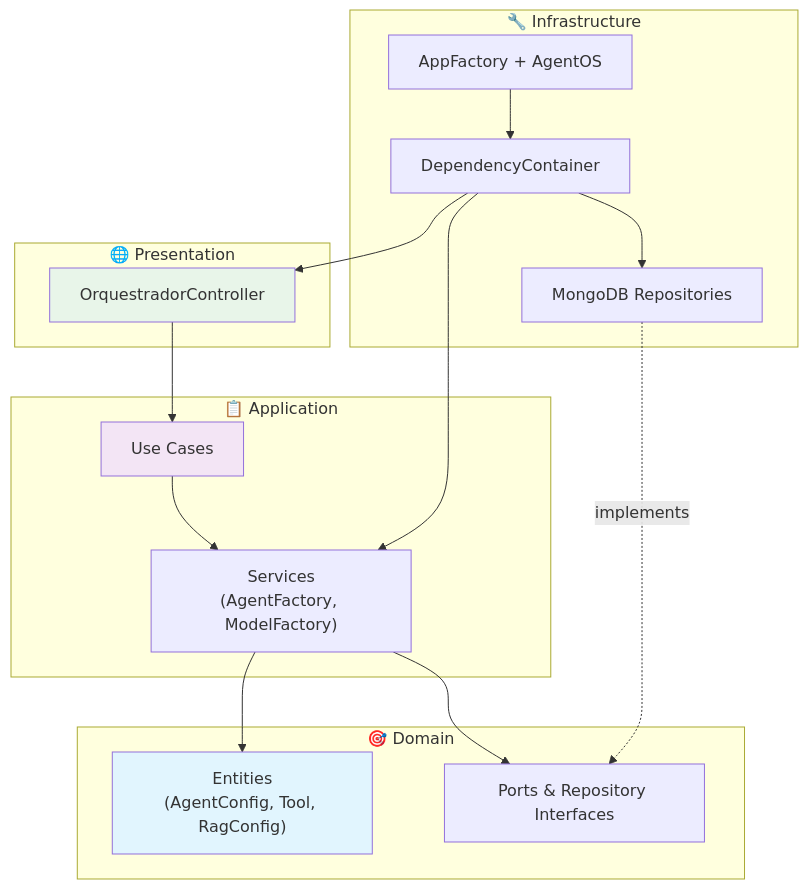
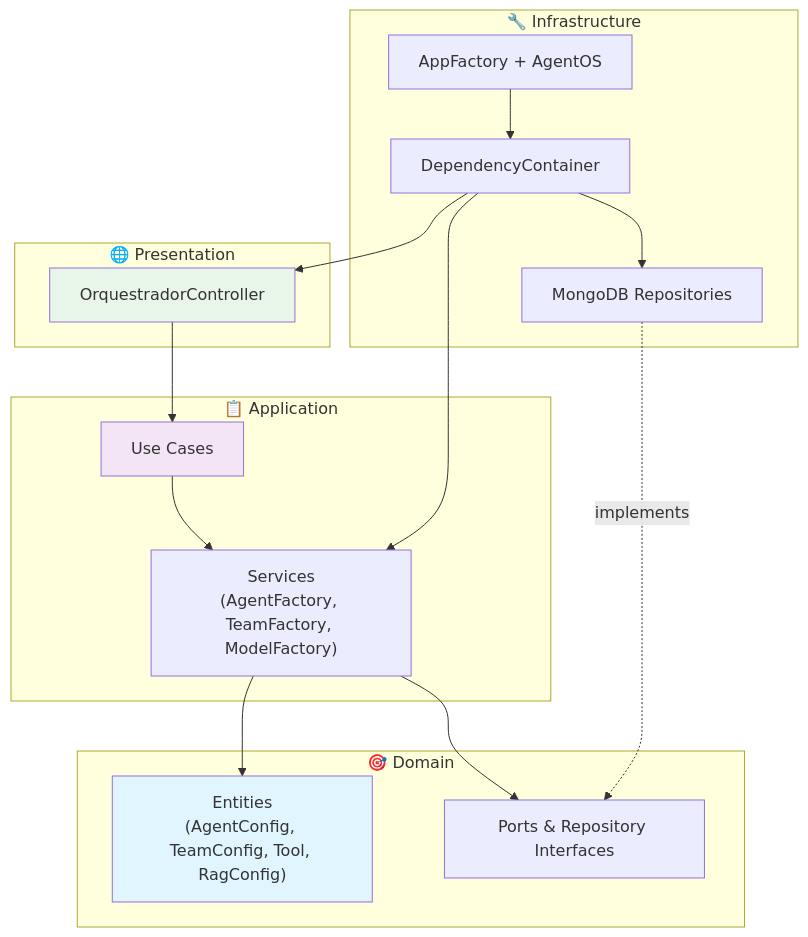
The diagram in README.md (Mosfet04/orquestradorIAPythonArgo), drawn with Mermaid before and after one commit. The commit also changed other lines of this file and 2 other files, not shown here.

Commit message:
feat: add multi-agent teams support and enhance documentation

````diff
--- a/README.md
+++ b/README.md
@@ -49,32 +49,32 @@
 ```mermaid
 graph TB
     subgraph "🎯 Domain"
-        E["Entities<br/>(AgentConfig, Tool, RagConfig)"]
+        E["Entities<br/>(AgentConfig, TeamConfig, Tool, RagConfig)"]
         P["Ports & Repository Interfaces"]
     end
 
     subgraph "📋 Application"
         UC["Use Cases"]
-        S["Services<br/>(AgentFactory, ModelFactory)"]
+        S["Services<br/>(AgentFactory, TeamFactory, ModelFactory)"]
     end
 
     subgraph "🔧 Infrastructure"
         DB["MongoDB Repositories"]
         WEB["AppFactory + AgentOS"]
         DI["DependencyContainer"]
     end
 
     subgraph "🌐 Presentation"
         CTRL["OrquestradorController"]
     end
 
     CTRL --> UC --> S --> E
     S --> P
     DB -.->|implements| P
     DI --> CTRL & S & DB
     WEB --> DI
 
     style E fill:#e1f5fe
     style UC fill:#f3e5f5
     style CTRL fill:#e8f5e9
 ```
````
